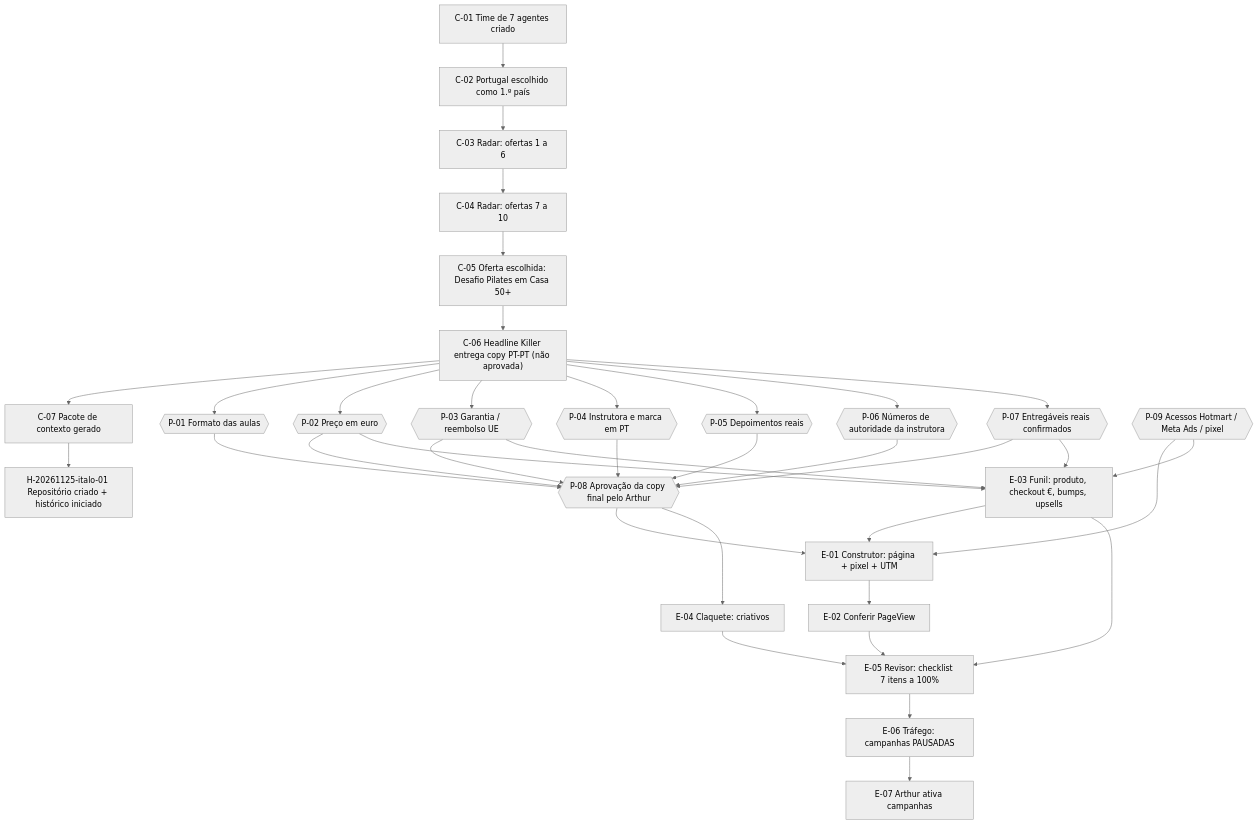
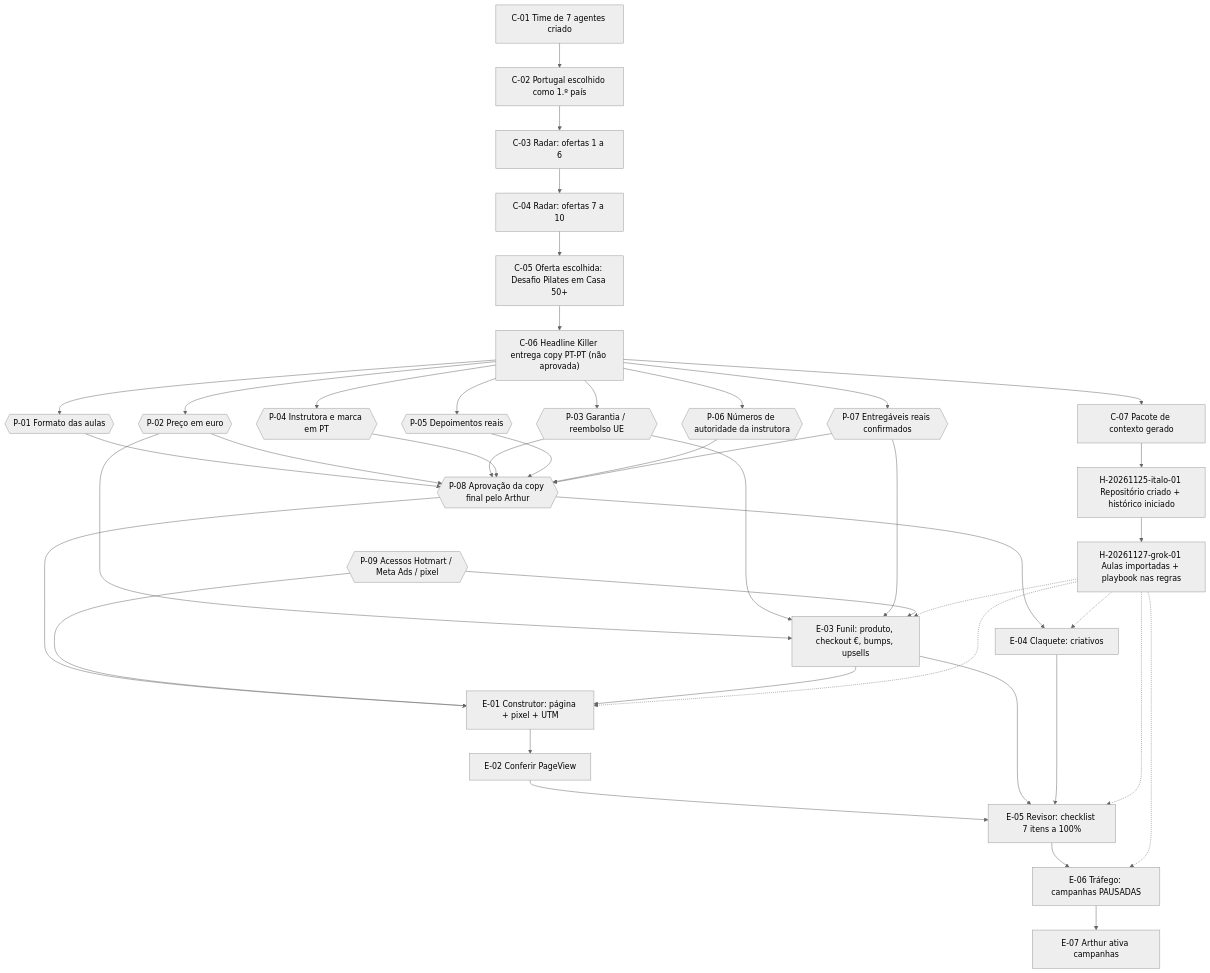
One commit to italoxdemelo/direct-response changed the diagram in historico/MAPA-DEPENDENCIAS.md. Above: the diagram before and after it, drawn with Mermaid (neutral theme). The commit also changed other lines of this file and 29 other files, not shown here.

Commit message:
H-20261127-grok-01: importar aulas de direct response e ligar o playbook às regras

````diff
--- a/historico/MAPA-DEPENDENCIAS.md
+++ b/historico/MAPA-DEPENDENCIAS.md
@@ -20,49 +20,57 @@
 ```mermaid
 flowchart TD
   %% Contexto original (25/11/2026, antes do repositório)
   C01["C-01 Time de 7 agentes criado"]
   C02["C-02 Portugal escolhido como 1.º país"]
   C03["C-03 Radar: ofertas 1 a 6"]
   C04["C-04 Radar: ofertas 7 a 10"]
   C05["C-05 Oferta escolhida: Desafio Pilates em Casa 50+"]
   C06["C-06 Headline Killer entrega copy PT-PT (não aprovada)"]
   C07["C-07 Pacote de contexto gerado"]
 
   C01 --> C02 --> C03 --> C04 --> C05 --> C06 --> C07
 
   %% Repositório
   H01["H-20261125-italo-01 Repositório criado + histórico iniciado"]
-  C07 --> H01
+  H02["H-20261127-grok-01 Aulas importadas + playbook nas regras"]
+  C07 --> H01 --> H02
 
   %% Pendências abertas
   P01{{"P-01 Formato das aulas"}}
   P02{{"P-02 Preço em euro"}}
   P03{{"P-03 Garantia / reembolso UE"}}
   P04{{"P-04 Instrutora e marca em PT"}}
   P05{{"P-05 Depoimentos reais"}}
   P06{{"P-06 Números de autoridade da instrutora"}}
   P07{{"P-07 Entregáveis reais confirmados"}}
   P08{{"P-08 Aprovação da copy final pelo Arthur"}}
   P09{{"P-09 Acessos Hotmart / Meta Ads / pixel"}}
 
   C06 --> P01 & P02 & P03 & P04 & P05 & P06 & P07
   P01 & P02 & P03 & P04 & P05 & P06 & P07 --> P08
 
   %% Etapas futuras do fluxo
   E01["E-01 Construtor: página + pixel + UTM"]
   E02["E-02 Conferir PageView"]
   E03["E-03 Funil: produto, checkout €, bumps, upsells"]
   E04["E-04 Claquete: criativos"]
   E05["E-05 Revisor: checklist 7 itens a 100%"]
   E06["E-06 Tráfego: campanhas PAUSADAS"]
   E07["E-07 Arthur ativa campanhas"]
 
   P08 --> E01
   P09 --> E01
   P02 & P03 & P07 & P09 --> E03
   P08 --> E04
   E01 --> E02
   E03 --> E01
   E02 & E03 & E04 --> E05
   E05 --> E06 --> E07
+
+  %% O playbook orienta estas etapas e não as desbloqueia
+  H02 -.-> E01
+  H02 -.-> E03
+  H02 -.-> E04
+  H02 -.-> E05
+  H02 -.-> E06
 ```
````
